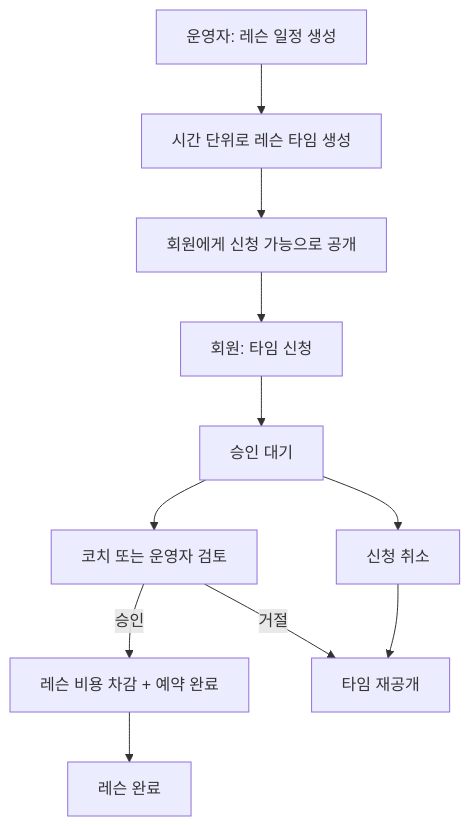
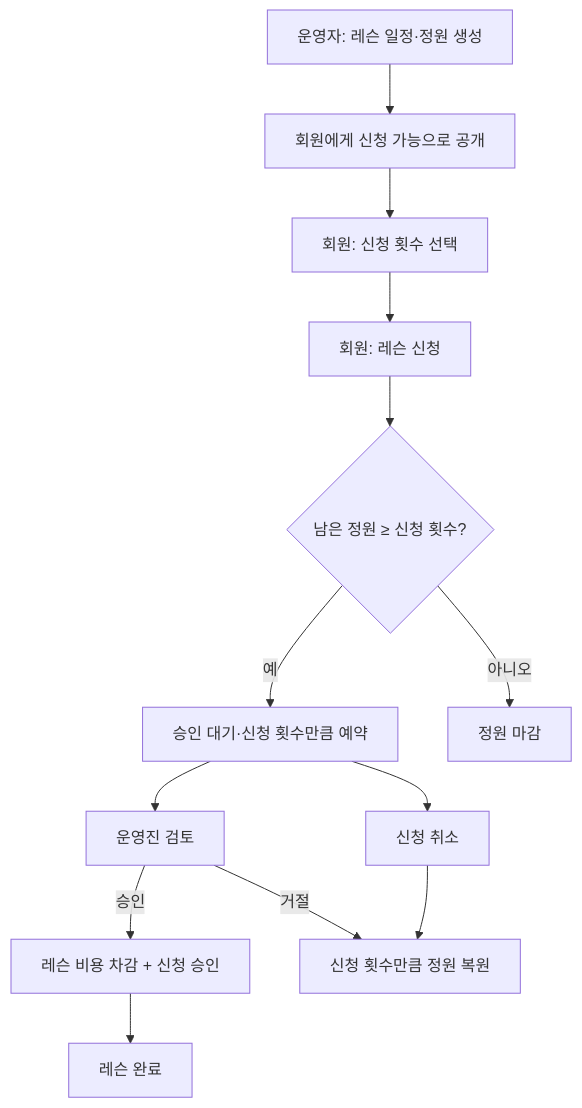
One commit to 2hyun2/badminton-club-platform changed the diagram in 16 레슨 기능 설계.md. Above: the diagram before and after it, drawn with Mermaid. The commit also changed other lines of this file and 13 other files, not shown here.

````diff
--- a/16 레슨 기능 설계.md
+++ b/16 레슨 기능 설계.md
@@ -32,13 +37,15 @@
 ```mermaid
 flowchart TD
-    Setup[운영자: 레슨 일정 생성] --> Slot[시간 단위로 레슨 타임 생성]
-    Slot --> Open[회원에게 신청 가능으로 공개]
-    Open --> Apply[회원: 타임 신청]
-    Apply --> Pending[승인 대기]
-    Pending --> Review[코치 또는 운영자 검토]
-    Review -- 승인 --> Charge[레슨 비용 차감 + 예약 완료]
-    Review -- 거절 --> Release[타임 재공개]
+    Setup[운영자: 레슨 일정·정원 생성] --> Open[회원에게 신청 가능으로 공개]
+    Open --> Quantity[회원: 신청 횟수 선택]
+    Quantity --> Apply[회원: 레슨 신청]
+    Apply --> Capacity{남은 정원 ≥ 신청 횟수?}
+    Capacity -- 예 --> Pending[승인 대기·신청 횟수만큼 예약]
+    Capacity -- 아니오 --> Full[정원 마감]
+    Pending --> Review[운영진 검토]
+    Review -- 승인 --> Charge[레슨 비용 차감 + 신청 승인]
+    Review -- 거절 --> Release[신청 횟수만큼 정원 복원]
     Charge --> Complete[레슨 완료]
     Pending --> Cancel[신청 취소]
     Cancel --> Release
 ```
````
